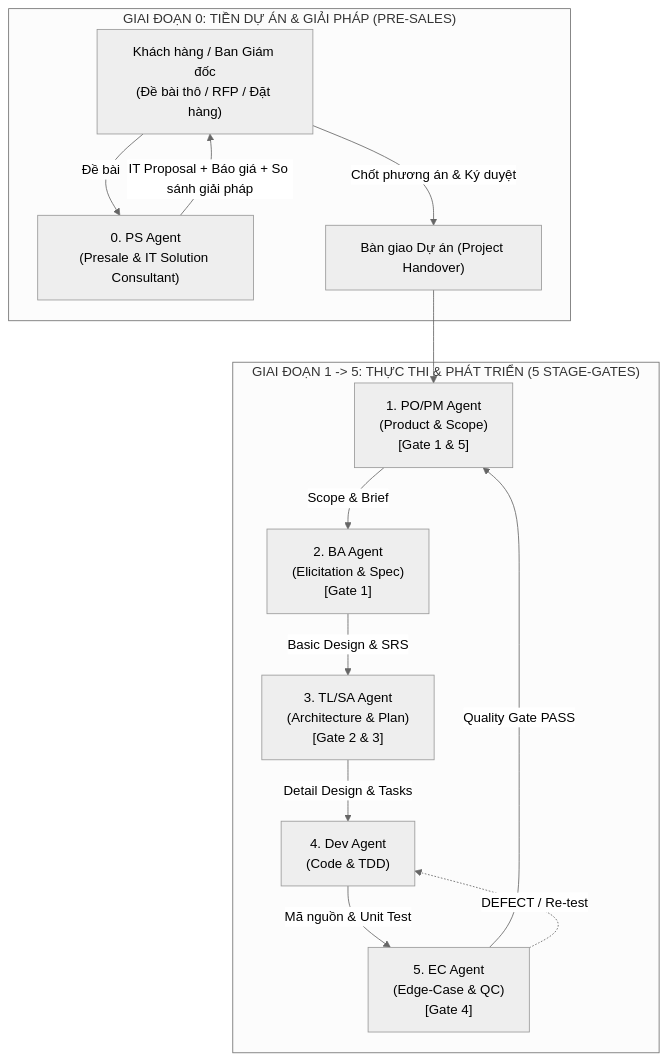
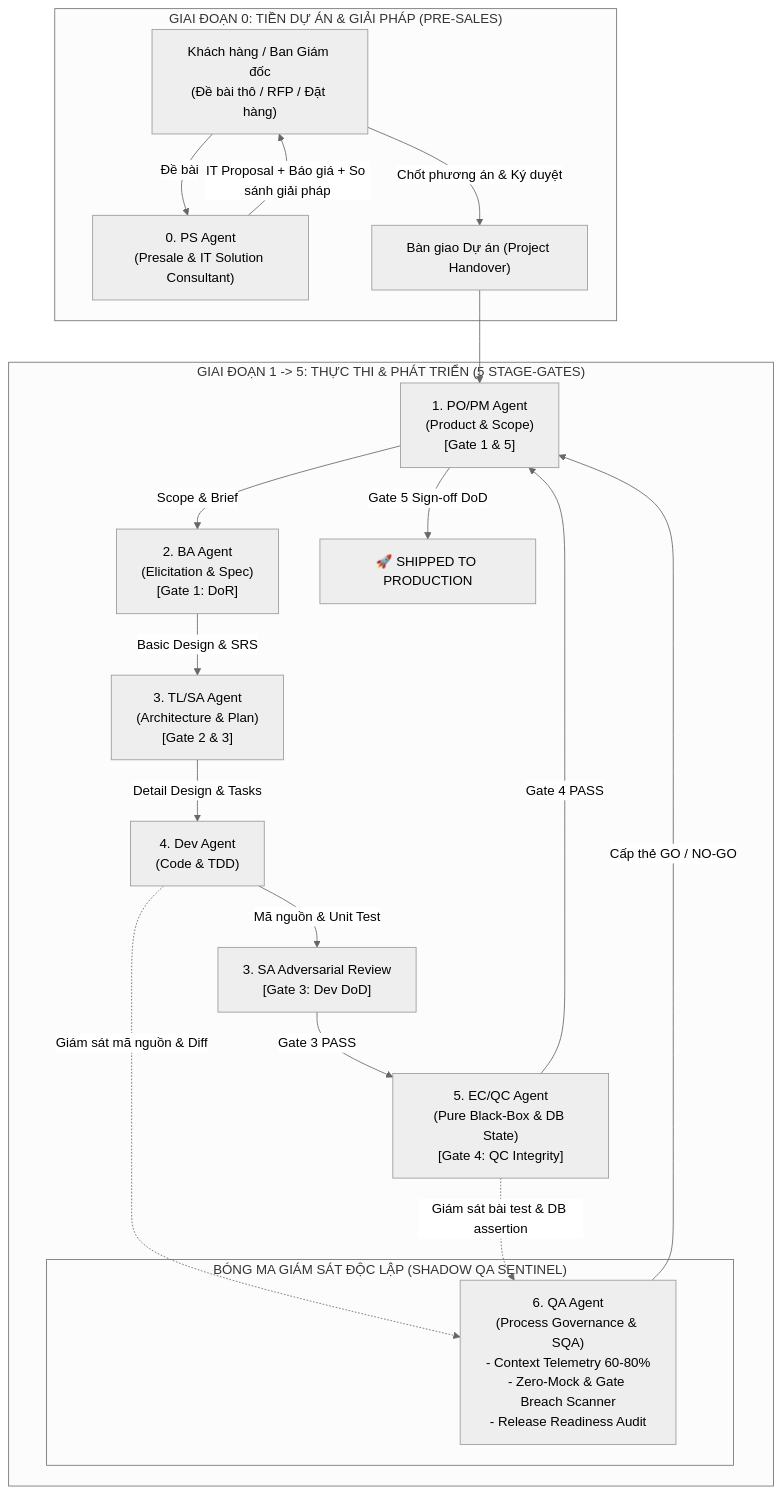
One commit to luongdt2022/TC-IT-Agent- changed the diagram in README.md. Above: the diagram before and after it, drawn with Mermaid (neutral theme). The commit also changed other lines of this file and 33 other files, not shown here.

````diff
--- a/README.md
+++ b/README.md
@@ -249,18 +255,27 @@
 ```mermaid
 flowchart TD
     subgraph PRE_PROJECT ["GIAI ĐOẠN 0: TIỀN DỰ ÁN & GIẢI PHÁP (PRE-SALES)"]
         CLIENT["Khách hàng / Ban Giám đốc\n(Đề bài thô / RFP / Đặt hàng)"] -->|Đề bài| PS["0. PS Agent\n(Presale & IT Solution Consultant)"]
         PS -->|IT Proposal + Báo giá + So sánh giải pháp| CLIENT
         CLIENT -->|Chốt phương án & Ký duyệt| HANDOFF["Bàn giao Dự án (Project Handover)"]
     end
 
     subgraph IN_PROJECT ["GIAI ĐOẠN 1 -> 5: THỰC THI & PHÁT TRIỂN (5 STAGE-GATES)"]
         HANDOFF --> PO["1. PO/PM Agent\n(Product & Scope)\n[Gate 1 & 5]"]
-        PO -->|Scope & Brief| BA["2. BA Agent\n(Elicitation & Spec)\n[Gate 1]"]
+        PO -->|Scope & Brief| BA["2. BA Agent\n(Elicitation & Spec)\n[Gate 1: DoR]"]
         BA -->|Basic Design & SRS| SA["3. TL/SA Agent\n(Architecture & Plan)\n[Gate 2 & 3]"]
         SA -->|Detail Design & Tasks| DEV["4. Dev Agent\n(Code & TDD)"]
-        DEV -->|Mã nguồn & Unit Test| EC["5. EC Agent\n(Edge-Case & QC)\n[Gate 4]"]
-        EC -->|Quality Gate PASS| PO
-        EC -.->|DEFECT / Re-test| DEV
+        DEV -->|Mã nguồn & Unit Test| SA_REV["3. SA Adversarial Review\n[Gate 3: Dev DoD]"]
+        SA_REV -->|Gate 3 PASS| EC["5. EC/QC Agent\n(Pure Black-Box & DB State)\n[Gate 4: QC Integrity]"]
+        
+        subgraph QA_SHADOW ["BÓNG MA GIÁM SÁT ĐỘC LẬP (SHADOW QA SENTINEL)"]
+            QA["6. QA Agent\n(Process Governance & SQA)\n- Context Telemetry 60-80%\n- Zero-Mock & Gate Breach Scanner\n- Release Readiness Audit"]
+        end
+        
+        DEV -.->|Giám sát mã nguồn & Diff| QA
+        EC -.->|Giám sát bài test & DB assertion| QA
+        QA -->|Cấp thẻ GO / NO-GO| PO
+        EC -->|Gate 4 PASS| PO
+        PO -->|Gate 5 Sign-off DoD| SHIP["🚀 SHIPPED TO PRODUCTION"]
     end
 ```
````
